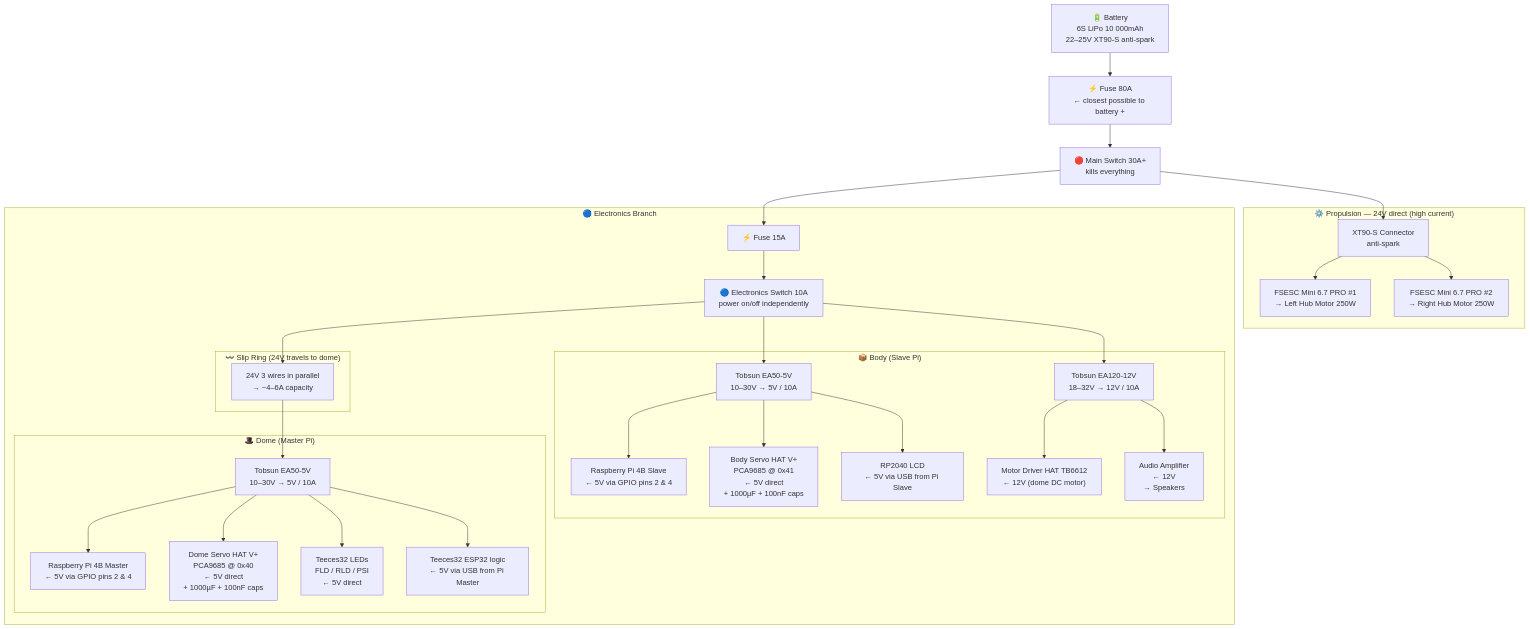
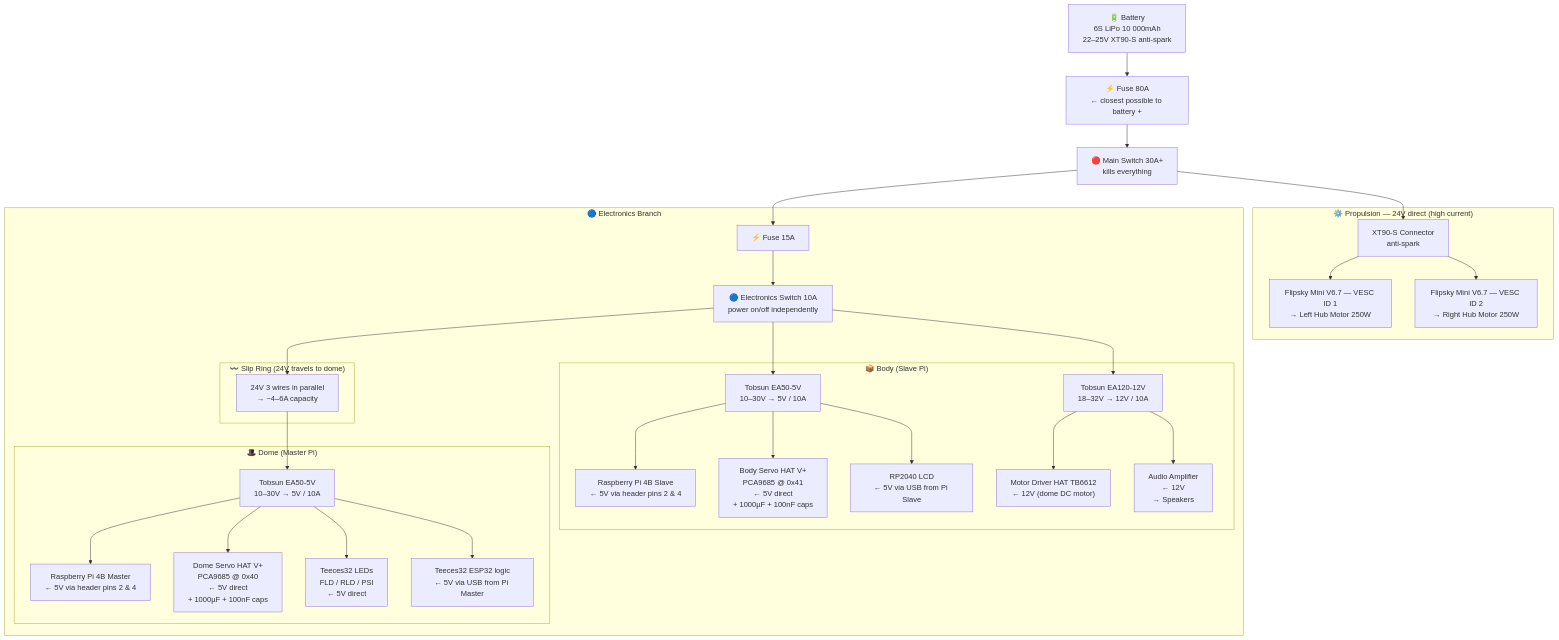
One commit to RickDnamps/AstromechOS changed the second of 4 diagrams in ELECTRONICS.md. Above: the diagram before and after it, drawn with Mermaid. The commit also changed other lines of this file and 5 other files, not shown here.

````diff
--- a/ELECTRONICS.md
+++ b/ELECTRONICS.md
@@ -163,67 +163,67 @@
 ```mermaid
 flowchart TD
     BAT["🔋 Battery\n6S LiPo 10 000mAh\n22–25V  XT90-S anti-spark"]
 
     FUSE80["⚡ Fuse 80A\n← closest possible to battery +"]
     SW_MAIN["🔴 Main Switch 30A+\nkills everything"]
 
     BAT --> FUSE80 --> SW_MAIN
 
     SW_MAIN --> XT90S
     SW_MAIN --> FUSE15
 
     subgraph PROP["⚙️ Propulsion  — 24V direct (high current)"]
         XT90S["XT90-S Connector\nanti-spark"]
-        VESC1["FSESC Mini 6.7 PRO #1\n→ Left Hub Motor 250W"]
-        VESC2["FSESC Mini 6.7 PRO #2\n→ Right Hub Motor 250W"]
+        VESC1["Flipsky Mini V6.7 — VESC ID 1\n→ Left Hub Motor 250W"]
+        VESC2["Flipsky Mini V6.7 — VESC ID 2\n→ Right Hub Motor 250W"]
         XT90S --> VESC1
         XT90S --> VESC2
     end
 
     subgraph ELEC["🔵 Electronics Branch"]
         FUSE15["⚡ Fuse 15A"]
         SW_ELEC["🔵 Electronics Switch 10A\npower on/off independently"]
         FUSE15 --> SW_ELEC
 
         subgraph BODY["📦 Body  (Slave Pi)"]
             BUCK_5V_BODY["Tobsun EA50-5V\n10–30V → 5V / 10A"]
             BUCK_12V_BODY["Tobsun EA120-12V\n18–32V → 12V / 10A"]
 
-            PI_SLAVE["Raspberry Pi 4B Slave\n← 5V via GPIO pins 2 & 4"]
+            PI_SLAVE["Raspberry Pi 4B Slave\n← 5V via header pins 2 & 4"]
             SERVO_HAT_B["Body Servo HAT V+\nPCA9685 @ 0x41\n← 5V direct\n+ 1000µF + 100nF caps"]
             RP2040_B["RP2040 LCD\n← 5V via USB from Pi Slave"]
 
             MOTOR_HAT["Motor Driver HAT TB6612\n← 12V  (dome DC motor)"]
             AMPLIFIER["Audio Amplifier\n← 12V\n→ Speakers"]
 
             BUCK_5V_BODY --> PI_SLAVE
             BUCK_5V_BODY --> SERVO_HAT_B
             BUCK_5V_BODY --> RP2040_B
             BUCK_12V_BODY --> MOTOR_HAT
             BUCK_12V_BODY --> AMPLIFIER
         end
 
         subgraph SLIPRING_PWR["〰️ Slip Ring  (24V travels to dome)"]
             SR_PWR["24V  3 wires in parallel\n→ ~4–6A capacity"]
         end
 
         subgraph DOME["🎩 Dome  (Master Pi)"]
             BUCK_5V_DOME["Tobsun EA50-5V\n10–30V → 5V / 10A"]
 
-            PI_MASTER["Raspberry Pi 4B Master\n← 5V via GPIO pins 2 & 4"]
+            PI_MASTER["Raspberry Pi 4B Master\n← 5V via header pins 2 & 4"]
             SERVO_HAT_D["Dome Servo HAT V+\nPCA9685 @ 0x40\n← 5V direct\n+ 1000µF + 100nF caps"]
             TEECES_LED["Teeces32 LEDs\nFLD / RLD / PSI\n← 5V direct"]
             TEECES_ESP["Teeces32 ESP32 logic\n← 5V via USB from Pi Master"]
 
             BUCK_5V_DOME --> PI_MASTER
             BUCK_5V_DOME --> SERVO_HAT_D
             BUCK_5V_DOME --> TEECES_LED
             BUCK_5V_DOME --> TEECES_ESP
         end
 
         SW_ELEC --> BUCK_5V_BODY
         SW_ELEC --> BUCK_12V_BODY
         SW_ELEC --> SR_PWR
         SR_PWR --> BUCK_5V_DOME
     end
 ```
````
